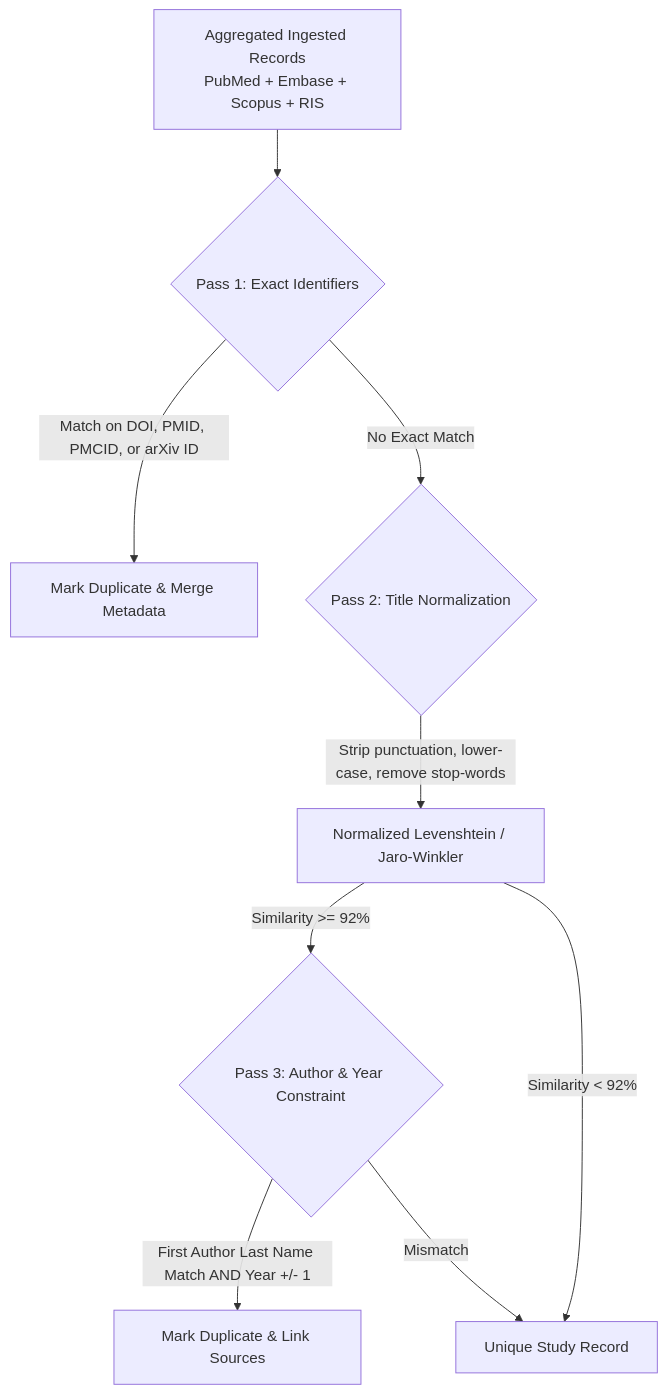
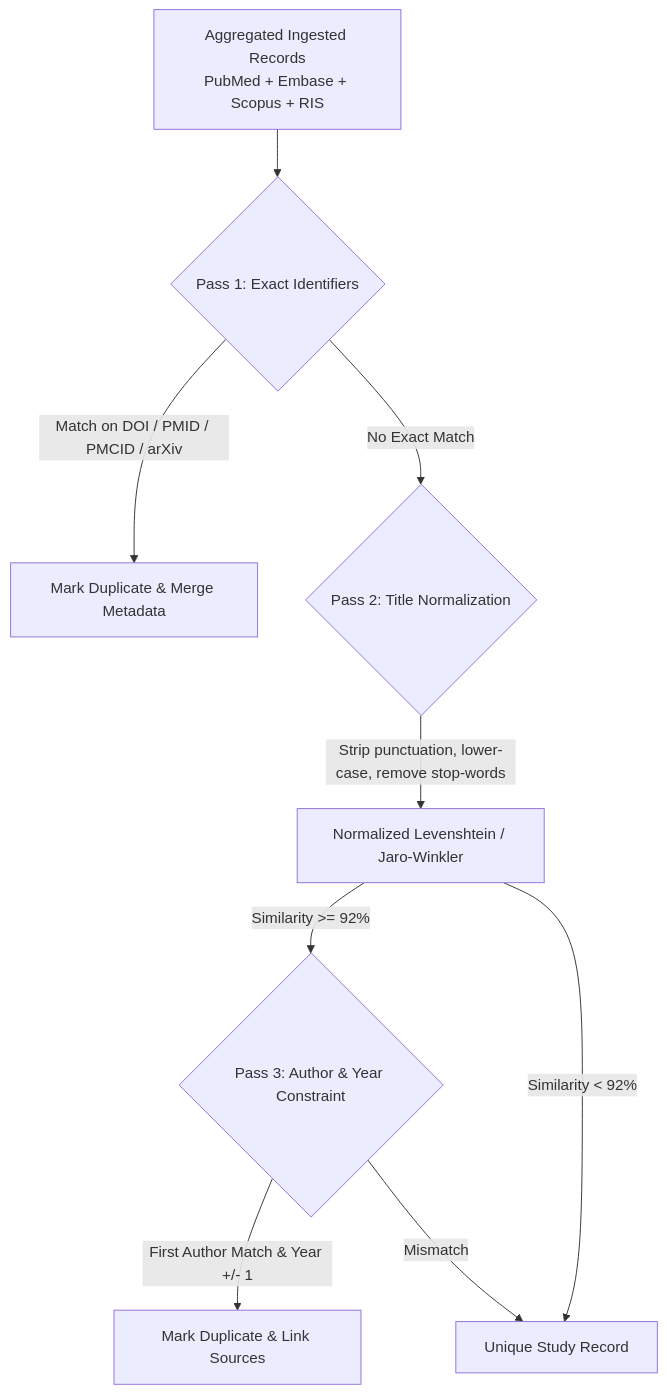
One commit to p4ku/research-intelligence changed the diagram in README_SLR_STAGE_2.md. Above: the diagram before and after it, drawn with Mermaid. The commit also changed 1 other file, not shown here.

Commit message:
fix(docs): quote Mermaid edge labels to fix GitHub rendering syntax error

````diff
--- a/README_SLR_STAGE_2.md
+++ b/README_SLR_STAGE_2.md
@@ -43,11 +43,11 @@
 ```mermaid
 graph TD
     A[Aggregated Ingested Records<br/>PubMed + Embase + Scopus + RIS] --> B{Pass 1: Exact Identifiers}
-    B -->|Match on DOI, PMID, PMCID, or arXiv ID| Dup1[Mark Duplicate & Merge Metadata]
-    B -->|No Exact Match| C{Pass 2: Title Normalization}
+    B -->|"Match on DOI / PMID / PMCID / arXiv"| Dup1[Mark Duplicate & Merge Metadata]
+    B -->|"No Exact Match"| C{Pass 2: Title Normalization}
     C -->|Strip punctuation, lower-case, remove stop-words| D[Normalized Levenshtein / Jaro-Winkler]
-    D -->|Similarity >= 92%| E{Pass 3: Author & Year Constraint}
-    E -->|First Author Last Name Match AND Year +/- 1| Dup2[Mark Duplicate & Link Sources]
-    E -->|Mismatch| F[Unique Study Record]
-    D -->|Similarity < 92%| F
+    D -->|"Similarity >= 92%"| E{Pass 3: Author & Year Constraint}
+    E -->|"First Author Match & Year +/- 1"| Dup2[Mark Duplicate & Link Sources]
+    E -->|"Mismatch"| F[Unique Study Record]
+    D -->|"Similarity < 92%"| F
 ```
````
